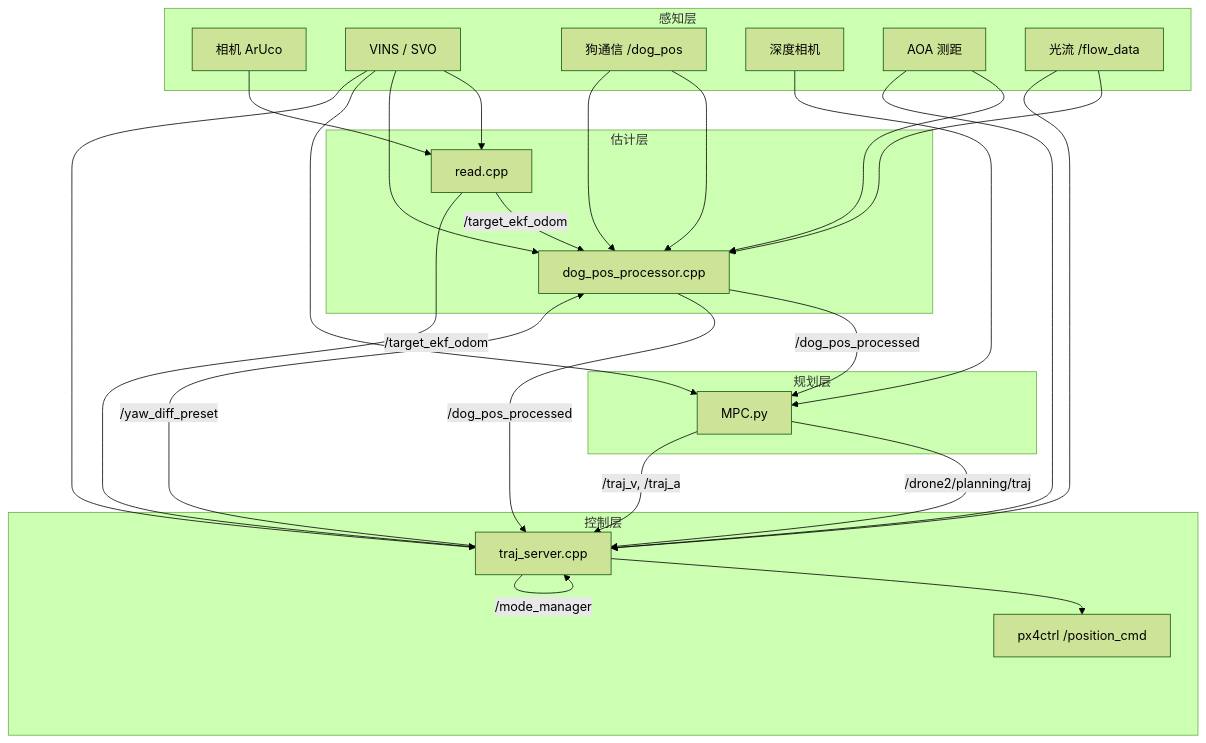
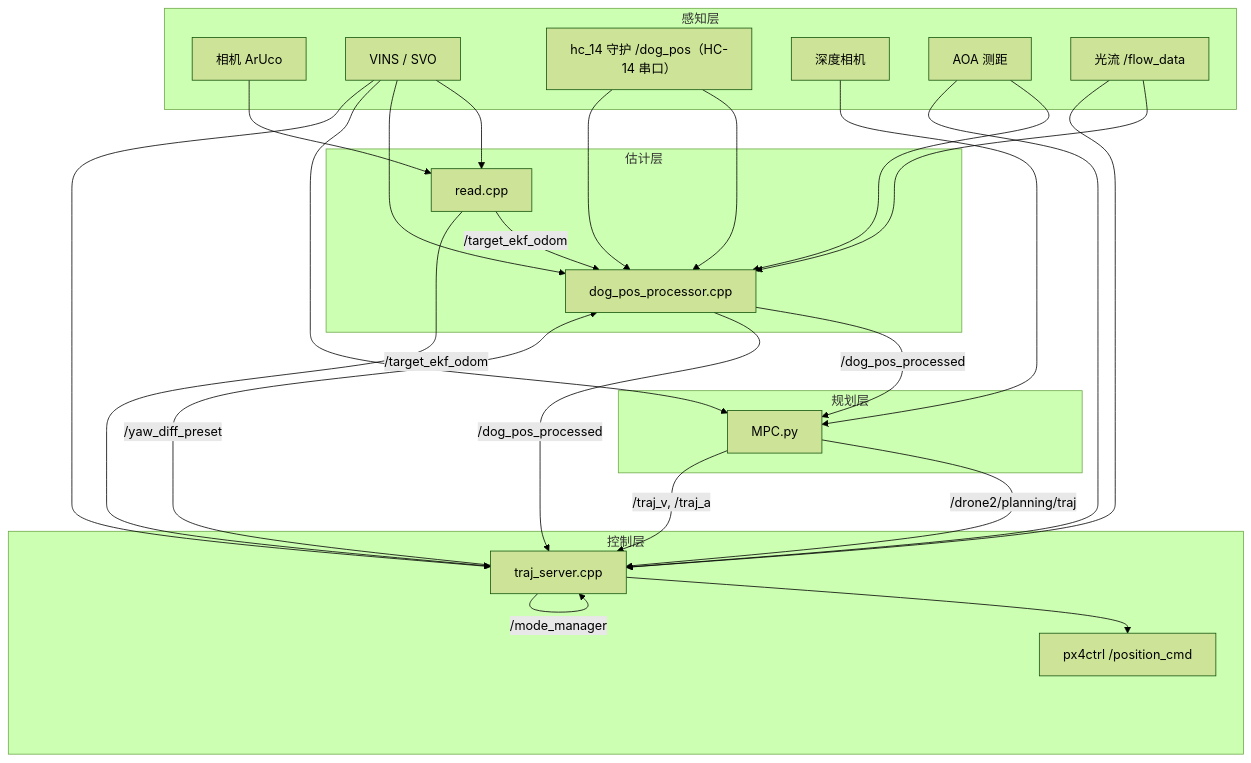
Before and after one commit to Mikey-Ma-king/Fast-Drone-250: the diagram in readme.md, drawn with Mermaid (forest theme). The commit also changed other lines of this file and 4 other files, not shown here.

````diff
--- a/readme.md
+++ b/readme.md
@@ -49,51 +50,51 @@
 ```mermaid
 flowchart TB
     subgraph Sensing["感知层"]
         CAM["相机 ArUco"]
         VINS["VINS / SVO"]
-        DOG_RAW["狗通信 /dog_pos"]
+        DOG_RAW["hc_14 守护 /dog_pos（HC-14 串口）"]
         DEPTH["深度相机"]
         AOA["AOA 测距"]
         FLOW["光流 /flow_data"]
     end
 
     subgraph Estimation["估计层"]
         READ["read.cpp"]
         DPP["dog_pos_processor.cpp"]
     end
 
     subgraph Planning["规划层"]
         MPC["MPC.py"]
     end
 
     subgraph Control["控制层"]
         TS["traj_server.cpp"]
         PX4["px4ctrl /position_cmd"]
     end
 
     CAM --> READ
     VINS --> READ
     VINS --> DPP
     DOG_RAW --> DPP
     READ -->|/target_ekf_odom| DPP
     READ -->|/target_ekf_odom| TS
     AOA --> DPP
     AOA --> TS
     FLOW --> DPP
     FLOW --> TS
 
     DOG_RAW --> DPP
     DPP -->|/dog_pos_processed| MPC
     DPP -->|/dog_pos_processed| TS
 
     VINS --> MPC
     VINS --> TS
     DEPTH --> MPC
 
     MPC -->|/drone2/planning/traj| TS
     MPC -->|/traj_v, /traj_a| TS
 
     TS --> PX4
     TS -->|/mode_manager| TS
     TS -->|/yaw_diff_preset| DPP
 ```
````
